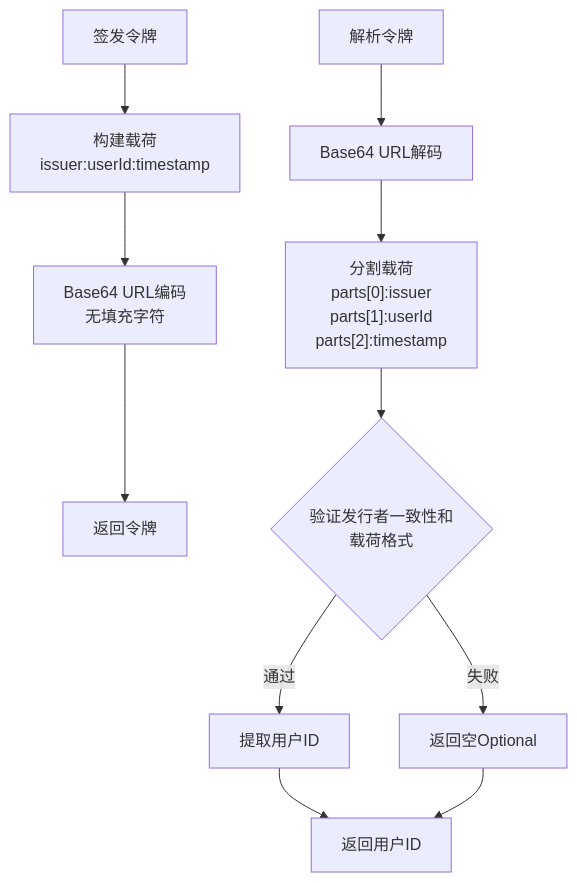
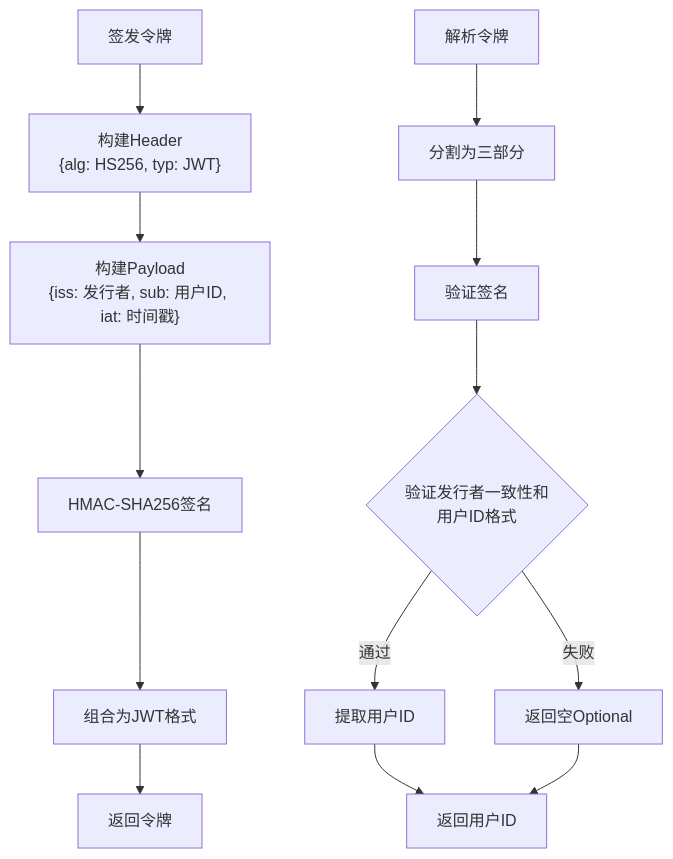
Before and after one commit to Jayden23018/blind-run-ios: the fourth of 9 diagrams in .qoder/repowiki/zh/content/核心功能模块/认证系统.md, drawn with Mermaid. The commit also changed other lines of this file and 35 other files, not shown here.

Commit message:
Implement backend auth and role-switch flow

````diff
--- a/.qoder/repowiki/zh/content/核心功能模块/认证系统.md
+++ b/.qoder/repowiki/zh/content/核心功能模块/认证系统.md
@@ -190,13 +222,15 @@
 ```mermaid
 flowchart TD
-Issue["签发令牌"] --> Payload["构建载荷<br/>issuer:userId:timestamp"]
-Payload --> Encode["Base64 URL编码<br/>无填充字符"]
-Encode --> Token["返回令牌"]
-Parse["解析令牌"] --> Decode["Base64 URL解码"]
-Decode --> Split["分割载荷<br/>parts[0]:issuer<br/>parts[1]:userId<br/>parts[2]:timestamp"]
-Split --> Validate{"验证发行者一致性和<br/>载荷格式"}
-Validate --> |通过| Extract["提取用户ID"]
-Validate --> |失败| Empty["返回空Optional"]
+Issue["签发令牌"] --> BuildHeader["构建Header<br/>{alg: HS256, typ: JWT}"]
+BuildHeader --> BuildPayload["构建Payload<br/>{iss: 发行者, sub: 用户ID, iat: 时间戳}"]
+BuildPayload --> Sign["HMAC-SHA256签名"]
+Sign --> Combine["组合为JWT格式"]
+Combine --> Token["返回令牌"]
+Parse["解析令牌"] --> Split["分割为三部分"]
+Split --> VerifySignature["验证签名"]
+VerifySignature --> VerifyIssuer{"验证发行者一致性和<br/>用户ID格式"}
+VerifyIssuer --> |通过| Extract["提取用户ID"]
+VerifyIssuer --> |失败| Empty["返回空Optional"]
 Extract --> Result["返回用户ID"]
 Empty --> Result
 ```
````
